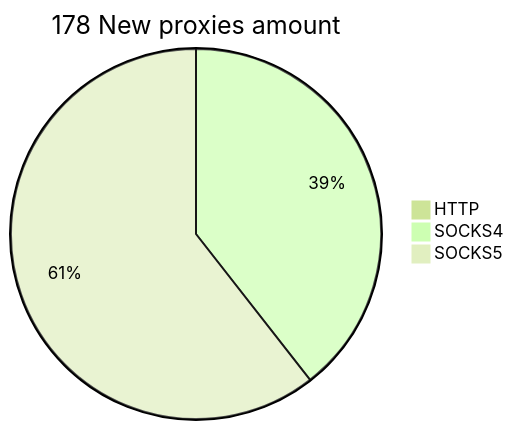
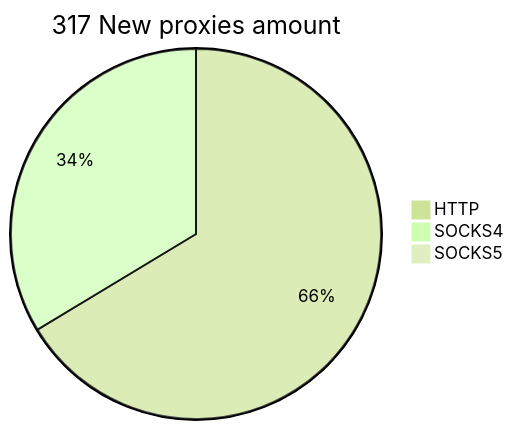
One commit to cutipu/proxylist changed the second of 2 diagrams in README.md. Above: the diagram before and after it, drawn with Mermaid (forest theme). The commit also changed other lines of this file, not shown here.

````diff
--- a/README.md
+++ b/README.md
@@ -10,6 +10,6 @@
 ```mermaid
-pie title 178 New proxies amount
-    "HTTP" : 0
-    "SOCKS4" : 84
-    "SOCKS5" : 129
+pie title 317 New proxies amount
+    "HTTP" : 219
+    "SOCKS4" : 111
+    "SOCKS5" : 0
 ```
````
